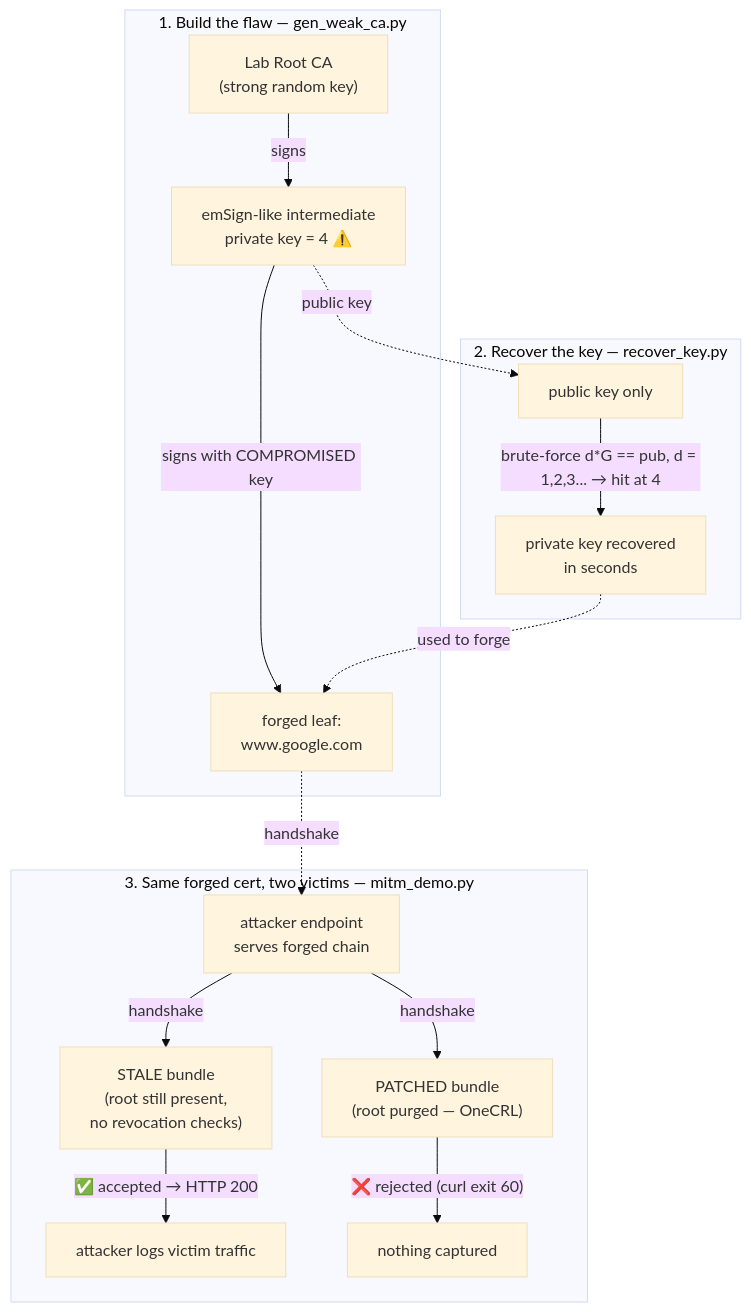
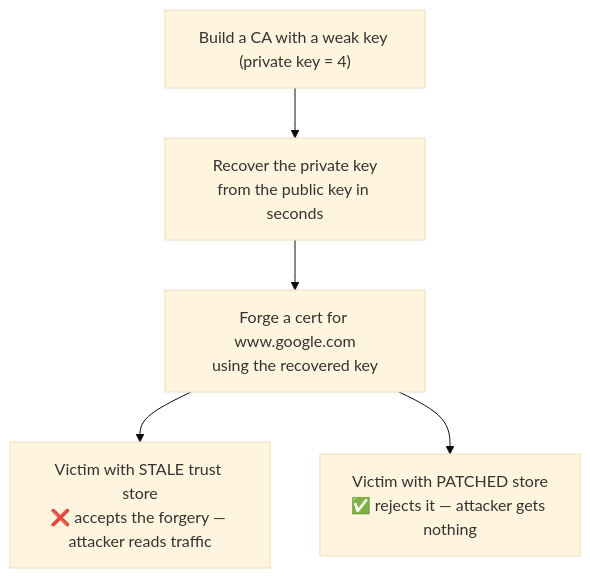
The diagram in README.md (abhishek-bhatkar/emudhra-poc), drawn with Mermaid (base theme) before and after one commit. The commit also changed other lines of this file, not shown here.

Commit message:
Tighten README: simpler diagram + one-liner tables for newcomers

````diff
--- a/README.md
+++ b/README.md
@@ -31,22 +16,7 @@
 ```mermaid
 flowchart TB
-    subgraph LAB1["1. Build the flaw — gen_weak_ca.py"]
-        R["Lab Root CA<br/>(strong random key)"] -->|signs| I["emSign-like intermediate<br/>private key = 4 ⚠️"]
-        I -->|signs with COMPROMISED key| L["forged leaf:<br/>www.google.com"]
-    end
-
-    subgraph LAB2["2. Recover the key — recover_key.py"]
-        P["public key only"] -->|"brute-force d*G == pub, d = 1,2,3... → hit at 4"| K["private key recovered<br/>in seconds"]
-    end
-
-    subgraph LAB3["3. Same forged cert, two victims — mitm_demo.py"]
-        A["attacker endpoint<br/>serves forged chain"] -->|handshake| S["STALE bundle<br/>(root still present,<br/>no revocation checks)"]
-        A -->|handshake| T["PATCHED bundle<br/>(root purged — OneCRL)"]
-        S -->|"✅ accepted → HTTP 200"| C["attacker logs victim traffic"]
-        T -->|"❌ rejected (curl exit 60)"| D["nothing captured"]
-    end
-
-    I -.public key.-> P
-    K -.used to forge.-> L
-    L -.handshake.-> A
+    M["Build a CA with a weak key (private key = 4)"] --> P["Recover the private key<br/>from the public key in seconds"]
+    P --> F["Forge a cert for www.google.com<br/>using the recovered key"]
+    F --> S["Victim with STALE trust store<br/>❌ accepts the forgery — attacker reads traffic"]
+    F --> T["Victim with PATCHED store<br/>✅ rejects it — attacker gets nothing"]
 ```
````
